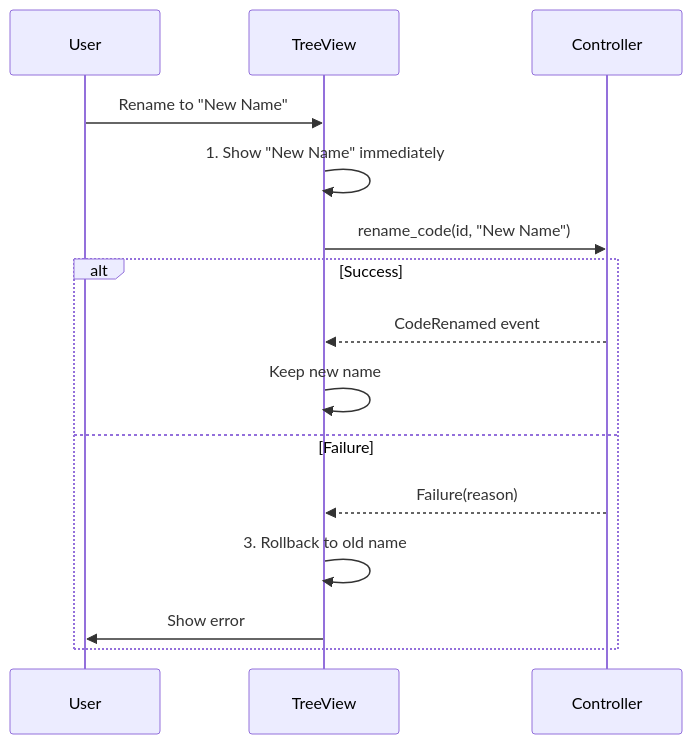
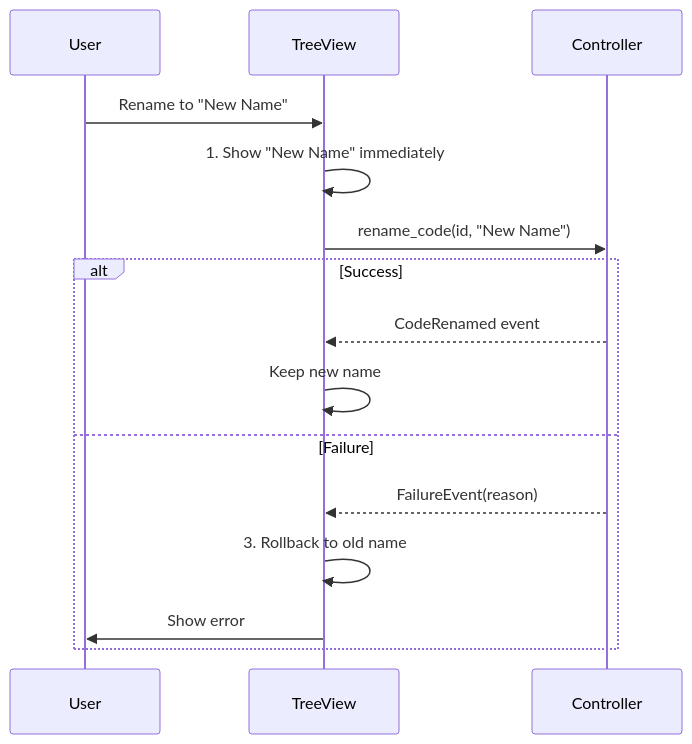
One commit to scope-impact/QualCoder-v2 changed the fourth of 5 diagrams in docs/tutorials/appendices/A-common-patterns.md. Above: the diagram before and after it, drawn with Mermaid. The commit also changed other lines of this file and 13 other files, not shown here.

````diff
--- a/docs/tutorials/appendices/A-common-patterns.md
+++ b/docs/tutorials/appendices/A-common-patterns.md
@@ -233,19 +239,19 @@
 ```mermaid
 sequenceDiagram
     participant U as User
     participant UI as TreeView
     participant C as Controller
 
     U->>UI: Rename to "New Name"
     UI->>UI: 1. Show "New Name" immediately
     UI->>C: rename_code(id, "New Name")
 
     alt Success
         C-->>UI: CodeRenamed event
         UI->>UI: Keep new name
     else Failure
-        C-->>UI: Failure(reason)
+        C-->>UI: FailureEvent(reason)
         UI->>UI: 3. Rollback to old name
         UI->>U: Show error
     end
 ```
````
